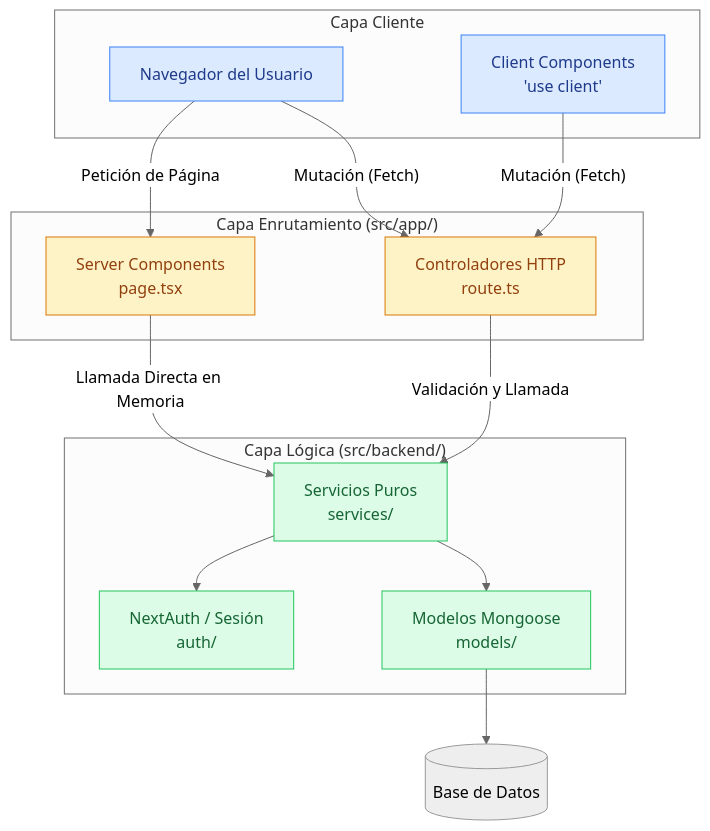
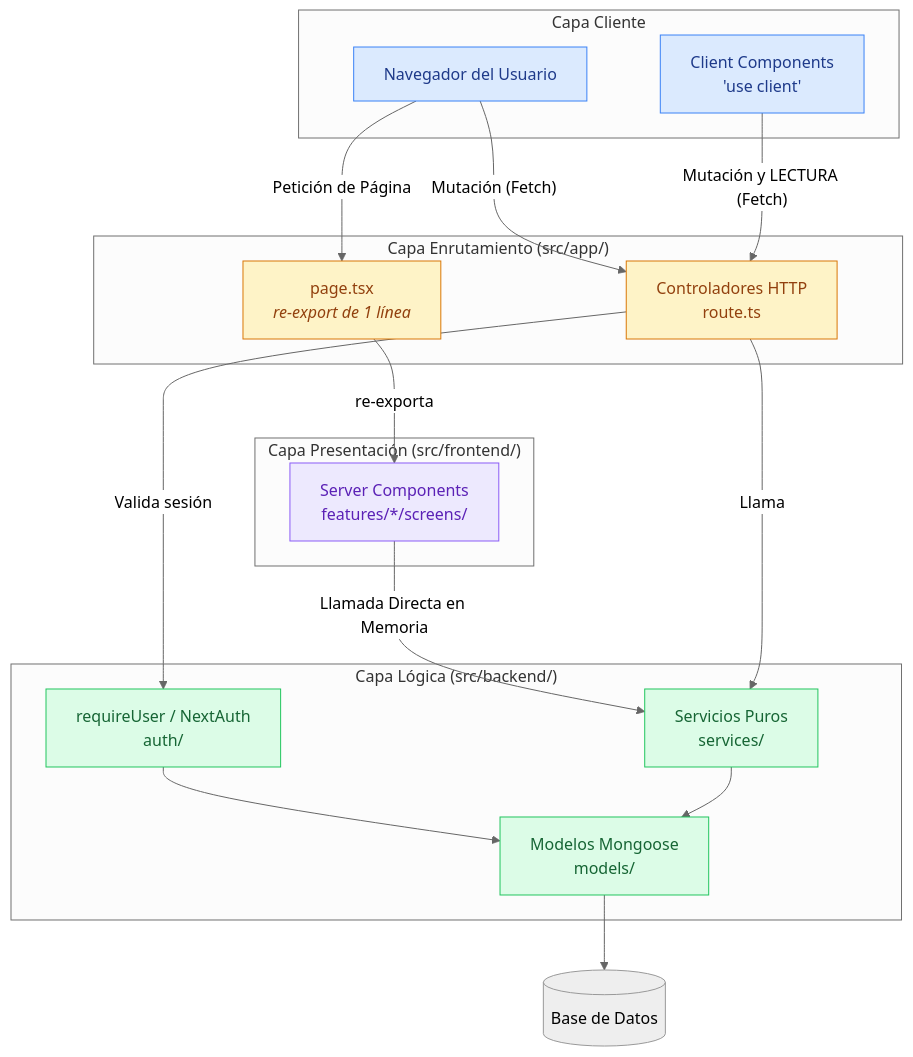
One commit to SamuelMenan/ArtSanctuary changed the diagram in docs/architecture/diagramas/arquitectura-macro.md. Above: the diagram before and after it, drawn with Mermaid (neutral theme). The commit also changed other lines of this file and 72 other files, not shown here.

````diff
--- a/docs/architecture/diagramas/arquitectura-macro.md
+++ b/docs/architecture/diagramas/arquitectura-macro.md
@@ -33,37 +34,45 @@
 ```mermaid
 graph TB
     subgraph Cliente ["Capa Cliente"]
         Browser["Navegador del Usuario"]
         CC["Client Components<br/>'use client'"]
     end
 
     subgraph Enrutamiento ["Capa Enrutamiento (src/app/)"]
-        RSC["Server Components<br/>page.tsx"]
+        PAGE["page.tsx<br/><i>re-export de 1 línea</i>"]
         API["Controladores HTTP<br/>route.ts"]
+    end
+
+    subgraph Presentacion ["Capa Presentación (src/frontend/)"]
+        RSC["Server Components<br/>features/*/screens/"]
     end
 
     subgraph Logica ["Capa Lógica (src/backend/)"]
         SVC["Servicios Puros<br/>services/"]
-        Auth["NextAuth / Sesión<br/>auth/"]
+        Auth["requireUser / NextAuth<br/>auth/"]
         MOD["Modelos Mongoose<br/>models/"]
     end
 
-    Browser -->|"Petición de Página"| RSC;
+    Browser -->|"Petición de Página"| PAGE;
+    PAGE -->|"re-exporta"| RSC;
     Browser -->|"Mutación (Fetch)"| API;
-    CC -->|"Mutación (Fetch)"| API;
+    CC -->|"Mutación y LECTURA (Fetch)"| API;
     
     RSC -->|"Llamada Directa en Memoria"| SVC;
-    API -->|"Validación y Llamada"| SVC;
+    API -->|"Valida sesión"| Auth;
+    API -->|"Llama"| SVC;
     
-    SVC --> Auth;
+    Auth --> MOD;
     SVC --> MOD;
     MOD --> MongoDB[("Base de Datos")];
 
     classDef client fill:#dbeafe,stroke:#3b82f6,color:#1e3a8a;
     classDef route fill:#fef3c7,stroke:#d97706,color:#92400e;
+    classDef screen fill:#ede9fe,stroke:#8b5cf6,color:#5b21b6;
     classDef logic fill:#dcfce7,stroke:#22c55e,color:#166534;
-    
+
     class Browser,CC client;
-    class RSC,API route;
+    class PAGE,API route;
+    class RSC screen;
     class SVC,Auth,MOD logic;
 ```
````
